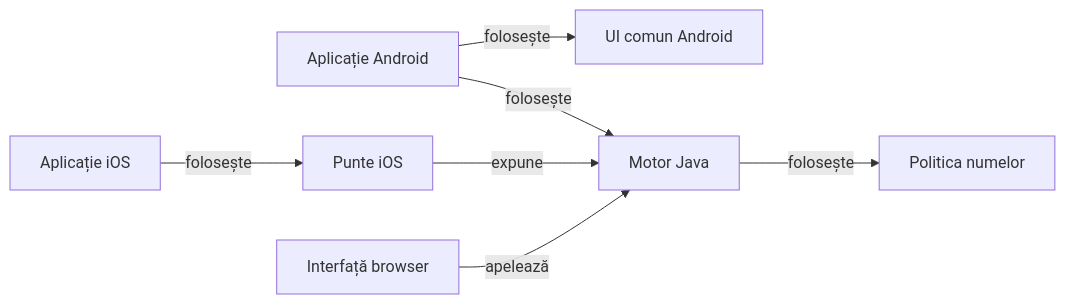
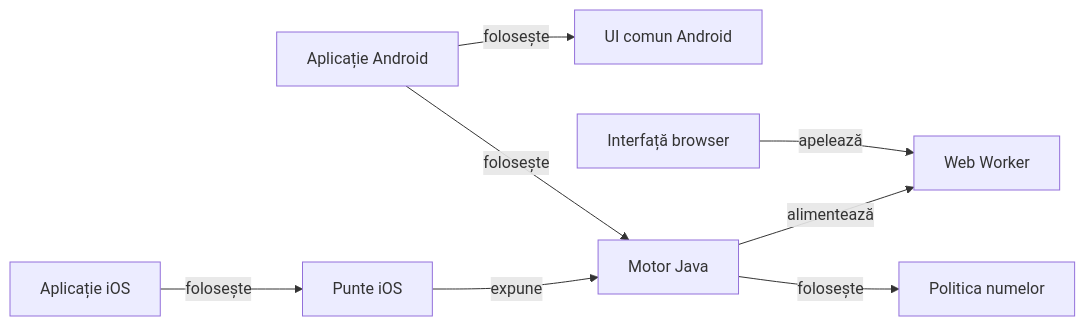
Before and after one commit to crististefanita/atf_j4: the second of 2 diagrams in README.md, drawn with Mermaid. The commit also changed other lines of this file and 19 other files, not shown here.

````diff
--- a/README.md
+++ b/README.md
@@ -52,16 +52,18 @@
 ```mermaid
 flowchart LR
     app[Aplicație Android]
     atf_card_table_ui[UI comun Android]
     ios[Aplicație iOS]
     ios_bridge[Punte iOS]
     browser[Interfață browser]
+    worker[Web Worker]
     game_core[Motor Java]
     card_table_names[Politica numelor]
     app -->|folosește| atf_card_table_ui
     app -->|folosește| game_core
     ios -->|folosește| ios_bridge
     ios_bridge -->|expune| game_core
-    browser -->|apelează| game_core
+    browser -->|apelează| worker
+    game_core -->|alimentează| worker
     game_core -->|folosește| card_table_names
 ```
````
